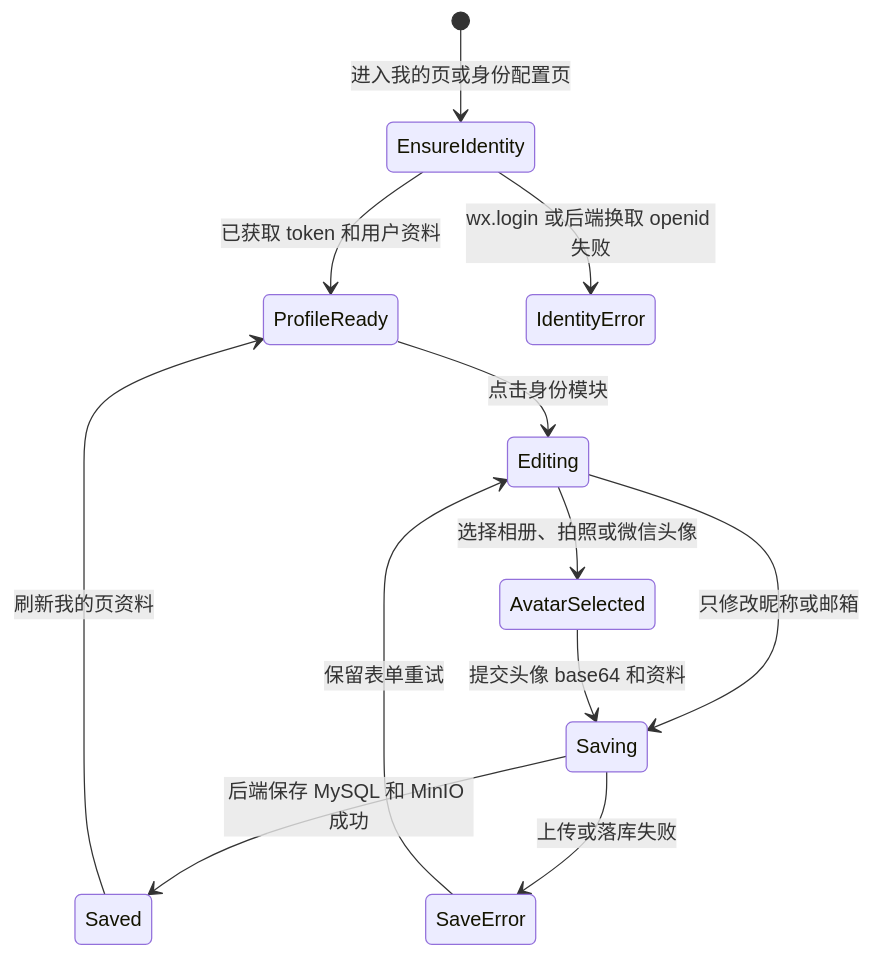
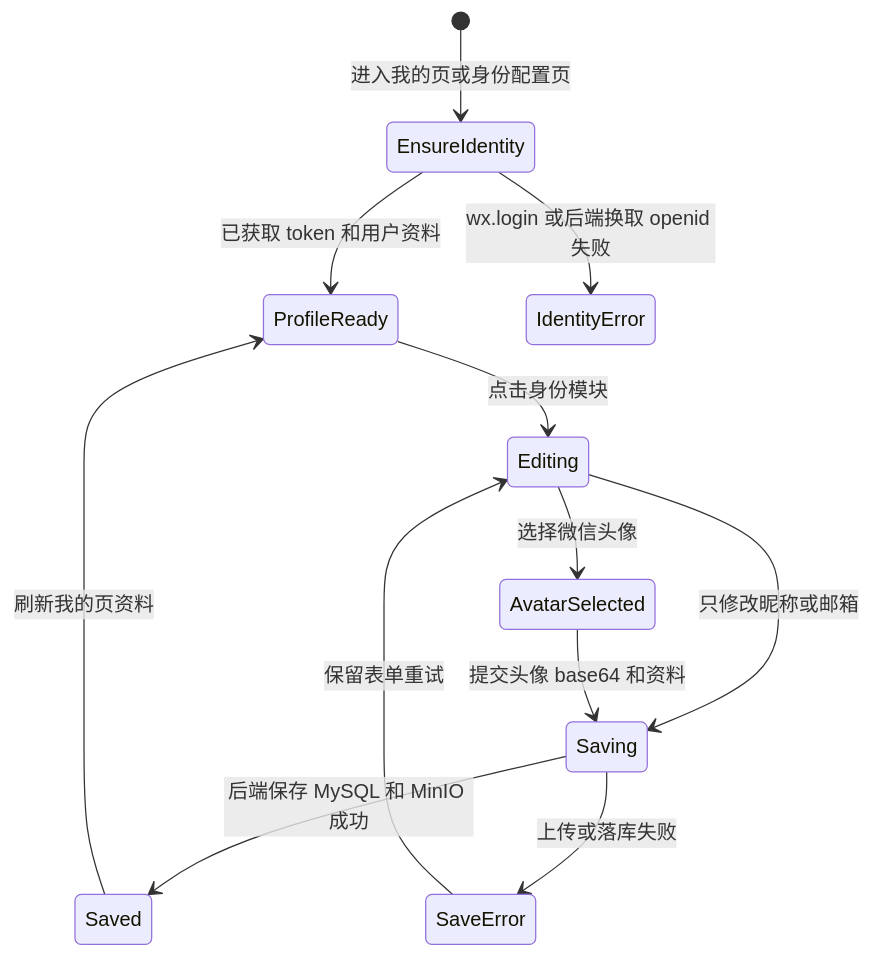
The second of 3 diagrams in docs/miniapp-page-flow-design.md (luxuyuan-candi/NJY_zuoti_Be), drawn with Mermaid before and after one commit. The commit also changed other lines of this file, not shown here.

Commit message:
Document direct WeChat avatar flow

````diff
--- a/docs/miniapp-page-flow-design.md
+++ b/docs/miniapp-page-flow-design.md
@@ -509,14 +506,14 @@
 ```mermaid
 stateDiagram-v2
   [*] --> EnsureIdentity: 进入我的页或身份配置页
   EnsureIdentity --> ProfileReady: 已获取 token 和用户资料
   EnsureIdentity --> IdentityError: wx.login 或后端换取 openid 失败
   ProfileReady --> Editing: 点击身份模块
-  Editing --> AvatarSelected: 选择相册、拍照或微信头像
+  Editing --> AvatarSelected: 选择微信头像
   Editing --> Saving: 只修改昵称或邮箱
   AvatarSelected --> Saving: 提交头像 base64 和资料
   Saving --> Saved: 后端保存 MySQL 和 MinIO 成功
   Saving --> SaveError: 上传或落库失败
   SaveError --> Editing: 保留表单重试
   Saved --> ProfileReady: 刷新我的页资料
 ```
````
